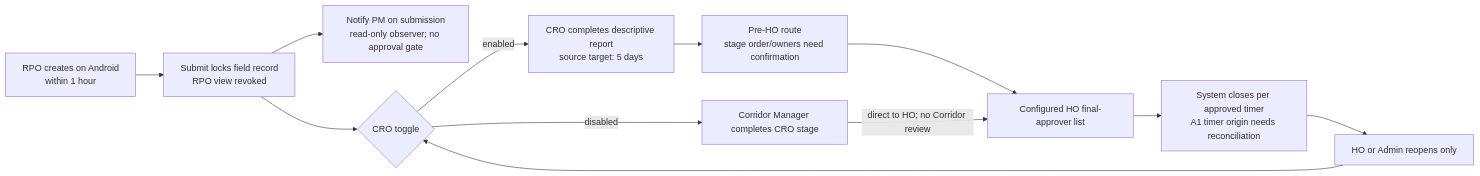
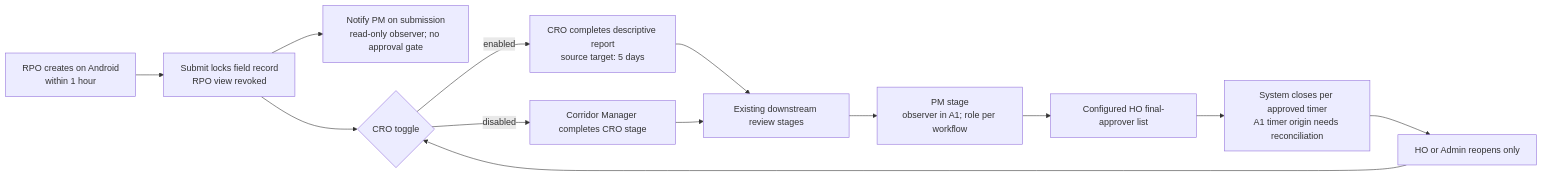
Before and after one commit to LaxmiKhilnani-nhit/Incident-Managment: the first of 2 diagrams in docs/workflows.md, drawn with Mermaid. The commit also changed other lines of this file and 6 other files, not shown here.

````diff
--- a/docs/workflows.md
+++ b/docs/workflows.md
@@ -15,14 +15,15 @@
 ```mermaid
 flowchart LR
   A["RPO creates on Android<br/>within 1 hour"] --> B["Submit locks field record<br/>RPO view revoked"]
-  B --> P["Notify PM on submission<br/>read-only observer; no approval gate"]
+  B --> N["Notify PM on submission<br/>read-only observer; no approval gate"]
   B --> T{"CRO toggle"}
   T -- enabled --> C["CRO completes descriptive report<br/>source target: 5 days"]
   T -- disabled --> M["Corridor Manager completes CRO stage"]
-  C --> R["Pre-HO route<br/>stage order/owners need confirmation"]
-  R --> H["Configured HO final-approver list"]
-  M -->|direct to HO; no Corridor review| H
+  C --> R["Existing downstream review stages"]
+  M --> R
+  R --> P["PM stage<br/>observer in A1; role per workflow"]
+  P --> H["Configured HO final-approver list"]
   H --> F["System closes per approved timer<br/>A1 timer origin needs reconciliation"]
   F --> G["HO or Admin reopens only"]
   G --> T
 ```
````
